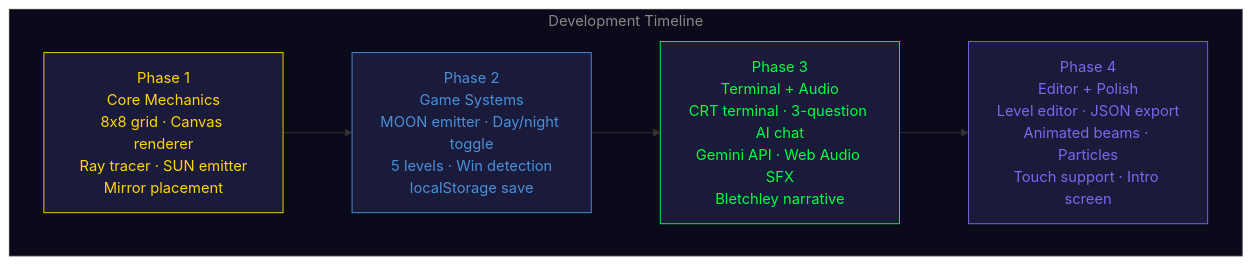
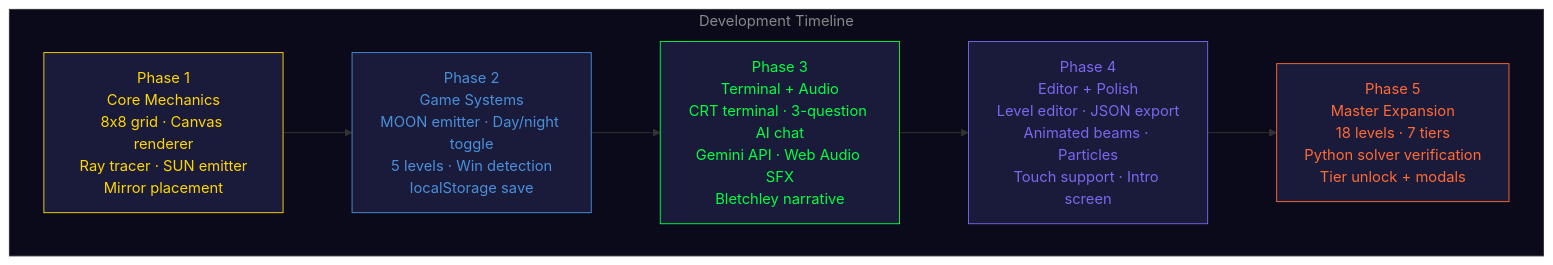
One commit to jacksonvincent012-web/Solstice-Game changed the fifth of 6 diagrams in README.md. Above: the diagram before and after it, drawn with Mermaid. The commit also changed other lines of this file, not shown here.

Commit message:
Add level progression table, tier system docs, solver section, Phase 5 timeline

````diff
--- a/README.md
+++ b/README.md
@@ -158,17 +191,19 @@
 ```mermaid
 flowchart LR
     subgraph Dev[Development Timeline]
         direction LR
         D1["Phase 1<br>Core Mechanics<br>8x8 grid · Canvas renderer<br>Ray tracer · SUN emitter<br>Mirror placement"]
         D2["Phase 2<br>Game Systems<br>MOON emitter · Day/night toggle<br>5 levels · Win detection<br>localStorage save"]
         D3["Phase 3<br>Terminal + Audio<br>CRT terminal · 3-question AI chat<br>Gemini API · Web Audio SFX<br>Bletchley narrative"]
         D4["Phase 4<br>Editor + Polish<br>Level editor · JSON export<br>Animated beams · Particles<br>Touch support · Intro screen"]
+        D5["Phase 5<br>Master Expansion<br>18 levels · 7 tiers<br>Python solver verification<br>Tier unlock + modals"]
     end
-    D1 --> D2 --> D3 --> D4
+    D1 --> D2 --> D3 --> D4 --> D5
 
     style D1 fill:#1a1a3a,stroke:#ffd700,color:#ffd700
     style D2 fill:#1a1a3a,stroke:#4a90d9,color:#4a90d9
     style D3 fill:#1a1a3a,stroke:#00ff41,color:#00ff41
     style D4 fill:#1a1a3a,stroke:#7b68ee,color:#7b68ee
+    style D5 fill:#1a1a3a,stroke:#ff6b35,color:#ff6b35
     style Dev fill:#0a0a1a,stroke:#333,color:#888
 ```
````
